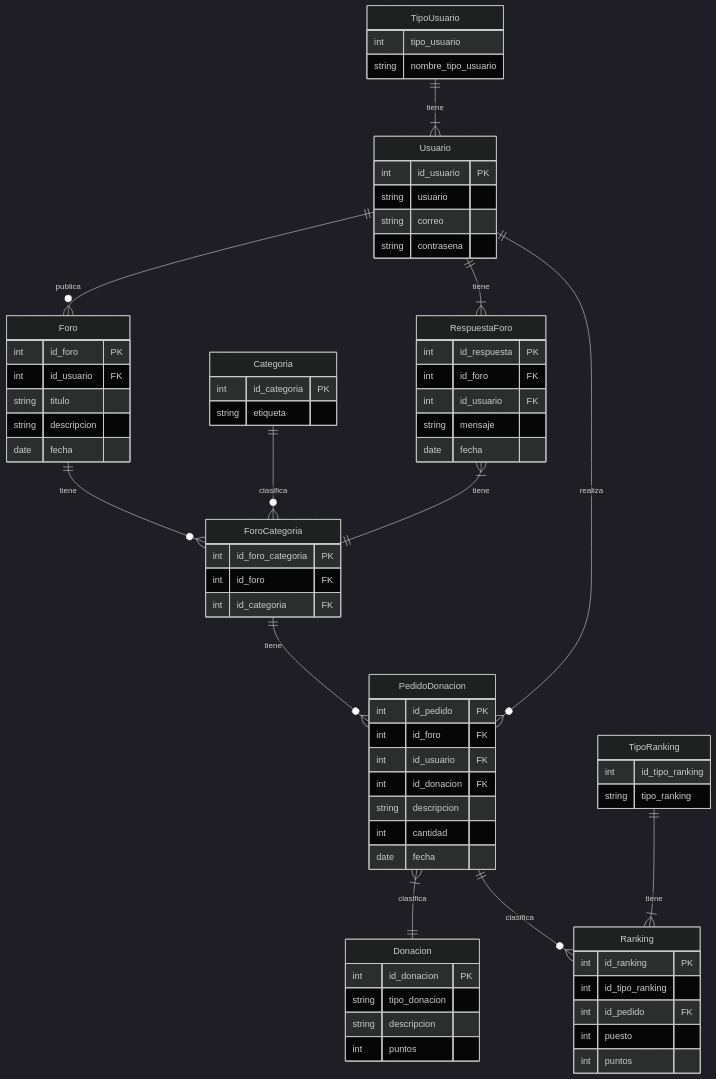
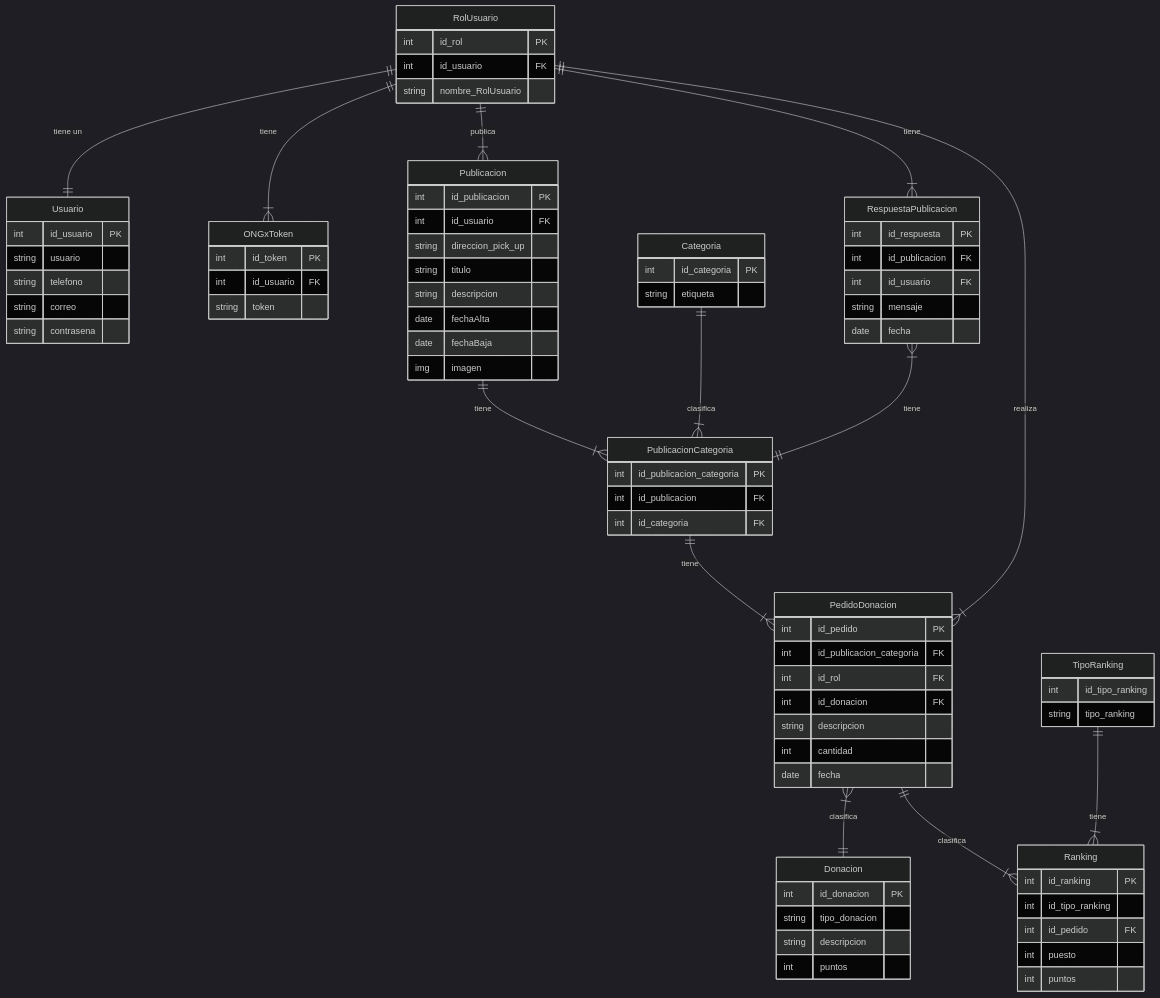
Before and after one commit to SantiagoSalvay/ProyectoFinalFAT: the diagram in diagramas/ERdiagram.mmd, drawn with Mermaid (dark theme).

Commit message:
Cambios en el ER

```diff
--- a/diagramas/ERdiagram.mmd
+++ b/diagramas/ERdiagram.mmd
@@ -1,72 +1,85 @@
 erDiagram
 
-    TipoUsuario{
-        int tipo_usuario
-        string nombre_tipo_usuario
+    RolUsuario{
+        int id_rol PK
+        int id_usuario FK
+        string nombre_RolUsuario
     }
     Usuario{
         int id_usuario PK
         string usuario
+        string telefono
         string correo
         string contrasena
+    }
+    ONGxToken{
+        int id_token PK
+        int id_usuario FK
+        string token
     }
     Ranking{
         int id_ranking PK
         int id_tipo_ranking
         int id_pedido FK
         int puesto
         int puntos
     }
     TipoRanking{
         int id_tipo_ranking
         string tipo_ranking
     }
     Donacion {
         int id_donacion PK
         string tipo_donacion
         string descripcion
         int puntos
     }
-    Foro {
-        int id_foro PK
+    Publicacion {
+        int id_publicacion PK
         int id_usuario FK
+        string direccion_pick_up
         string titulo
         string descripcion
-        date fecha
+        date fechaAlta
+        date fechaBaja
+        img imagen
     }
     Categoria {
         int id_categoria PK
         string etiqueta
     }
-    ForoCategoria {
-        int id_foro_categoria PK
-        int id_foro FK
+    PublicacionCategoria {
+        int id_publicacion_categoria PK
+        int id_publicacion FK
         int id_categoria FK
     }
-    RespuestaForo {
+    RespuestaPublicacion {
         int id_respuesta PK
-        int id_foro FK
+        int id_publicacion FK
         int id_usuario FK
         string mensaje
         date fecha
     }
     PedidoDonacion {
         int id_pedido PK
-        int id_foro FK
-        int id_usuario FK
+        int id_publicacion_categoria FK
+        int id_rol FK
         int id_donacion FK
         string descripcion
         int cantidad
         date fecha
     }
-    TipoUsuario ||-- |{ Usuario: tiene
-    Usuario ||--o{ Foro : publica
-    Foro ||--o{ ForoCategoria : tiene
-    Categoria ||--o{ ForoCategoria : clasifica
-    ForoCategoria ||--o{ PedidoDonacion : tiene
-    RespuestaForo }|--|| ForoCategoria : tiene
-    Usuario ||--|{ RespuestaForo: tiene
-    Usuario ||--o{ PedidoDonacion : realiza
+
+    
+    RolUsuario ||--|{ ONGxToken: tiene
+    RolUsuario ||-- || Usuario: "tiene un"
+    RolUsuario ||--|{ Publicacion : publica
+    Publicacion ||--|{ PublicacionCategoria : tiene
+    Categoria ||--|{ PublicacionCategoria : clasifica
+    PublicacionCategoria ||--|{ PedidoDonacion : tiene
+    RespuestaPublicacion }|--|| PublicacionCategoria : tiene
+    RolUsuario ||--|{ RespuestaPublicacion: tiene
+    RolUsuario ||--|{ PedidoDonacion : realiza
     PedidoDonacion }|--|| Donacion : clasifica
-    PedidoDonacion ||--o{ Ranking : clasifica
+    PedidoDonacion ||--|{ Ranking : clasifica
     TipoRanking ||--|{Ranking: tiene
```
